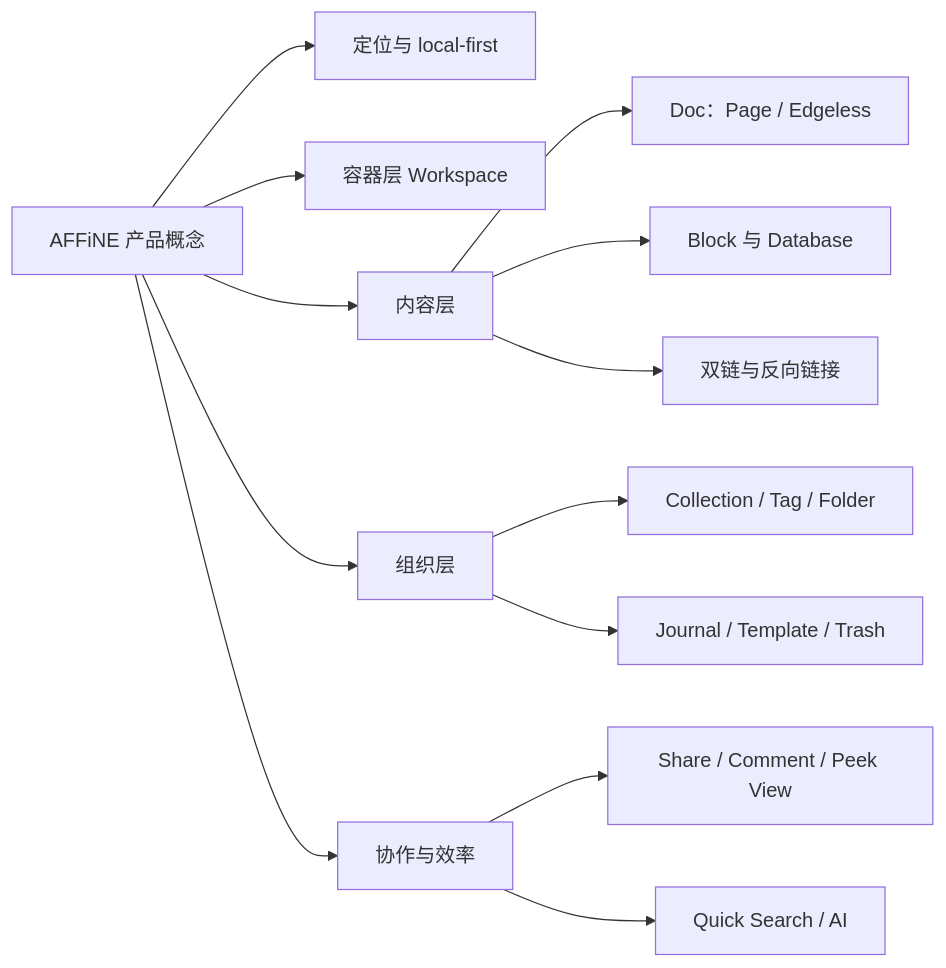
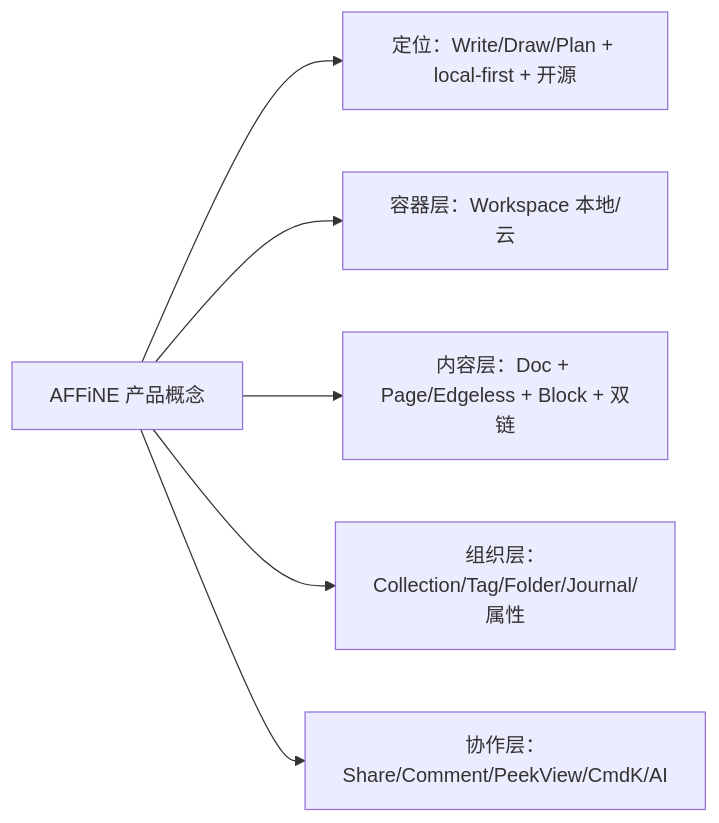
Before and after one commit to lfire/AFFiNE: the first of 2 diagrams in learning-guide/slides/decks/01.md, drawn with Mermaid. The commit also changed other lines of this file and 46 other files, not shown here.

````diff
--- a/learning-guide/slides/decks/01.md
+++ b/learning-guide/slides/decks/01.md
@@ -47,15 +27,8 @@
 ```mermaid
 flowchart LR
-    ROOT["AFFiNE 产品概念"] --> POS[定位与 local-first]
-    ROOT --> BOX[容器层 Workspace]
-    ROOT --> CNT[内容层]
-    ROOT --> ORG[组织层]
-    ROOT --> COL[协作与效率]
-    CNT --> DOC["Doc：Page / Edgeless"]
-    CNT --> BLK[Block 与 Database]
-    CNT --> LNK[双链与反向链接]
-    ORG --> ORG1["Collection / Tag / Folder"]
-    ORG --> ORG2["Journal / Template / Trash"]
-    COL --> COL1["Share / Comment / Peek View"]
-    COL --> COL2["Quick Search / AI"]
+  A["AFFiNE 产品概念"] --> B["定位：Write/Draw/Plan + local-first + 开源"]
+  A --> C["容器层：Workspace 本地/云"]
+  A --> D["内容层：Doc + Page/Edgeless + Block + 双链"]
+  A --> E["组织层：Collection/Tag/Folder/Journal/属性"]
+  A --> F["协作层：Share/Comment/PeekView/CmdK/AI"]
 ```
````
